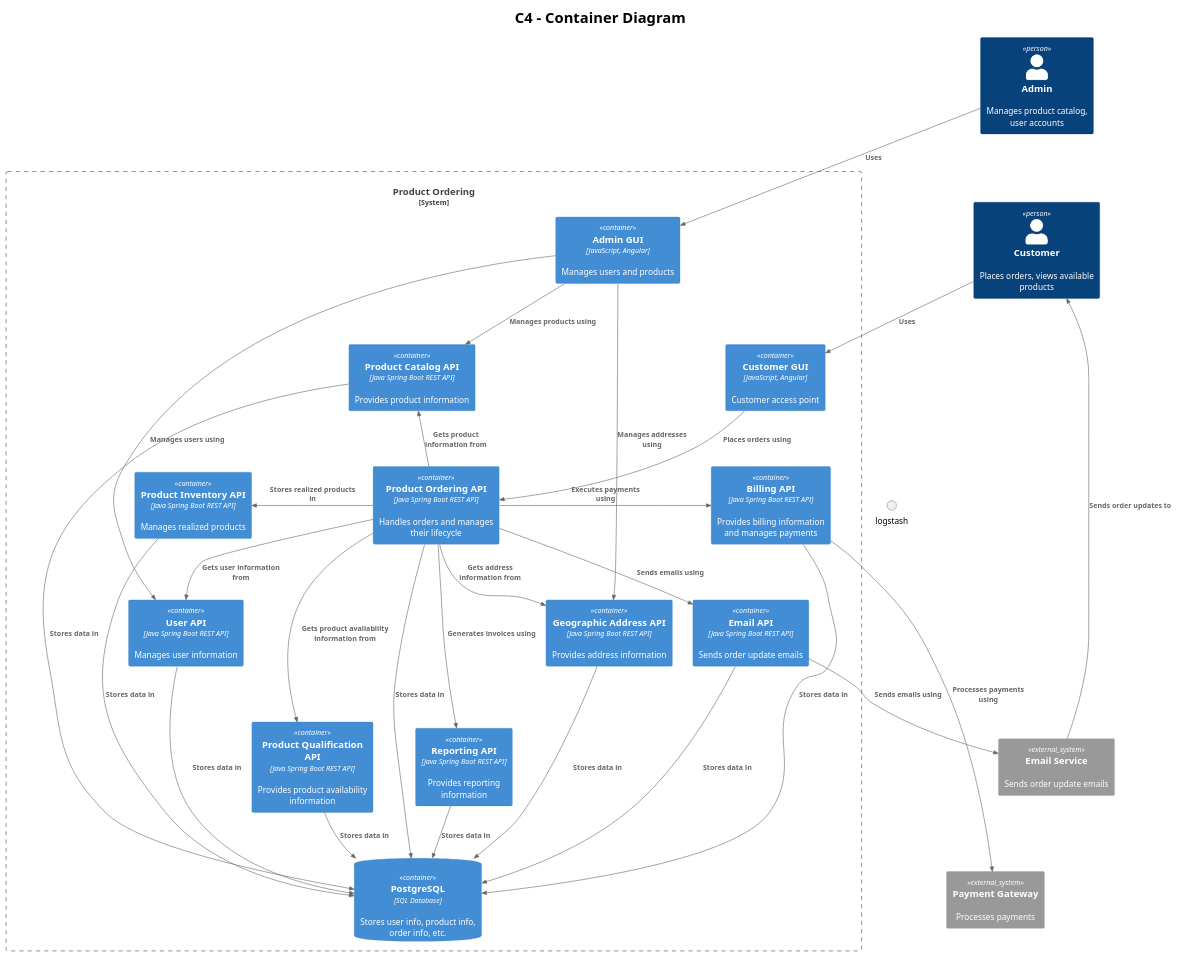
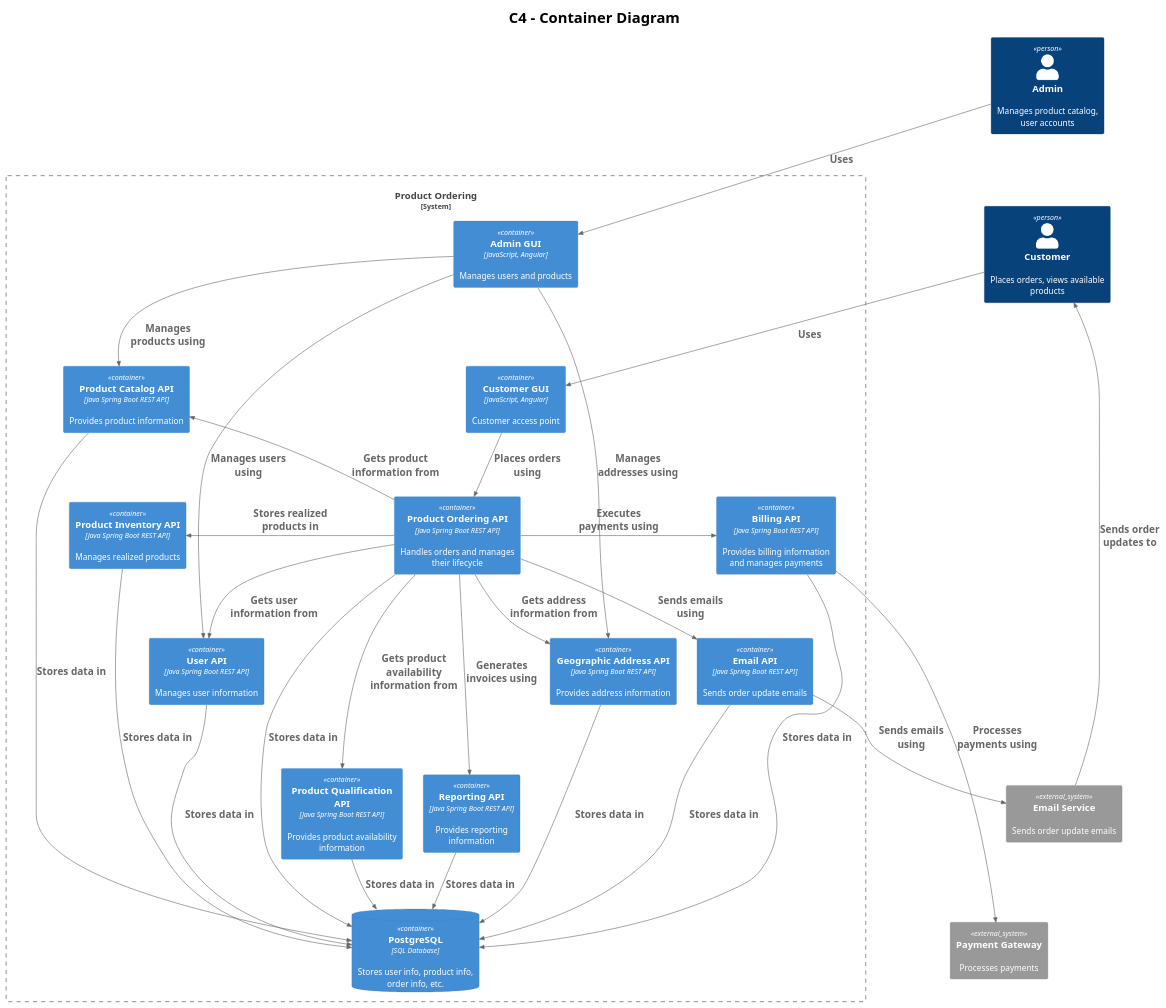
One commit to ensarhamzic/diplomski-rad-softversko-inzenjerstvo changed the diagram in c4/container/container.puml. Above: the diagram before and after it, drawn with PlantUML.

Commit message:
c4 container pt2

```diff
--- a/c4/container/container.puml
+++ b/c4/container/container.puml
@@ -1,97 +1,77 @@
 @startuml
 !include https://raw.githubusercontent.com/plantuml-stdlib/C4-PlantUML/master/C4_Container.puml
 
 skinparam titleFontSize 25
+skinparam arrowFontSize 17
 
 title C4 - Container Diagram
 
 Person(customer, "Customer", "Places orders, views available products")
 Person(admin, "Admin", "Manages product catalog, user accounts")
 
 System_Boundary(system, "Product Ordering") {
     Container(orderApi, "Product Ordering API", "Java Spring Boot REST API", "Handles orders and manages their lifecycle")
     Container(catalogApi, "Product Catalog API", "Java Spring Boot REST API", "Provides product information")
     Container(inventoryApi, "Product Inventory API", "Java Spring Boot REST API", "Manages realized products")
     Container(userApi, "User API", "Java Spring Boot REST API", "Manages user information")
     Container(geoApi, "Geographic Address API", "Java Spring Boot REST API", "Provides address information")
     Container(qualificationApi, "Product Qualification API", "Java Spring Boot REST API", "Provides product availability information")
     Container(billingApi, "Billing API", "Java Spring Boot REST API", "Provides billing information and manages payments")
     Container(emailApi, "Email API", "Java Spring Boot REST API", "Sends order update emails")
     Container(reportingApi, "Reporting API", "Java Spring Boot REST API", "Provides reporting information")
     Container(adminGui, "Admin GUI", "JavaScript, Angular", "Manages users and products")
     Container(customerGui, "Customer GUI", "JavaScript, Angular", "Customer access point")
-'    Container(logstash, "Logstash", "Log Aggregation", "Collects logs and sends them to ElasticSearch")
-'    Container(kibana, "Kibana", "Log Aggregation", "Provides log search and visualization")
     ContainerDb(postgresDb, "PostgreSQL", "SQL Database", "Stores user info, product info, order info, etc.")
-'    ContainerDb(elasticDb, "ElasticSearch", "NoSQL Database", "Stores logs")
 }
 
 System_Ext(paymentService, "Payment Gateway", "Processes payments")
 System_Ext(emailService, "Email Service", "Sends order update emails")
 
 Lay_D(admin,customer)
 Lay_D(emailService,paymentService)
 Lay_D(admin,emailService)
 Lay_D(customer,emailService)
 
 Lay_D(orderApi,catalogApi)
 Lay_D(catalogApi,inventoryApi)
 Lay_D(inventoryApi,userApi)
-'Lay_D(userApi,geoApi)
 Lay_D(geoApi,qualificationApi)
 Lay_R(orderApi,billingApi)
 Lay_D(billingApi,emailApi)
 Lay_D(emailApi,reportingApi)
-'Lay_R(orderApi, adminGui)
 Lay_D(adminGui, customerGui)
-Lay_D(customerGui, logstash)
-'Lay_D(logstash, kibana)
 
 Lay_R(billingApi,postgresDb)
-'Lay_D(postgresDb,elasticDb)
 
 Rel_L(orderApi, catalogApi, "Gets product information from")
 Rel_L(orderApi, inventoryApi, "Stores realized products in")
 Rel(orderApi, userApi, "Gets user information from")
 Rel(orderApi, geoApi, "Gets address information from")
 Rel_L(orderApi, qualificationApi, "Gets product availability information from")
 Rel_L(orderApi, billingApi, "Executes payments using")
 Rel(orderApi, emailApi, "Sends emails using")
 Rel_L(orderApi, reportingApi, "Generates invoices using")
 
 Rel(orderApi, postgresDb, "Stores data in")
 Rel(catalogApi, postgresDb, "Stores data in")
 Rel(inventoryApi, postgresDb, "Stores data in")
 Rel(userApi, postgresDb, "Stores data in")
 Rel(geoApi, postgresDb, "Stores data in")
 Rel(qualificationApi, postgresDb, "Stores data in")
 Rel(billingApi, postgresDb, "Stores data in")
 Rel(emailApi, postgresDb, "Stores data in")
 Rel(reportingApi, postgresDb, "Stores data in")
-'Rel_U(logstash, elasticDb, "Saves logs to")
-
-'Rel_U(orderApi, logstash, "Sends logs to")
-'Rel_U(catalogApi, logstash, "Sends logs to")
-'Rel_U(inventoryApi, logstash, "Sends logs to")
-'Rel(userApi, logstash, "Sends logs to")
-'Rel(geoApi, logstash, "Sends logs to")
-'Rel(qualificationApi, logstash, "Sends logs to")
-'Rel(billingApi, logstash, "Sends logs to")
-'Rel(emailApi, logstash, "Sends logs to")
-'Rel(reportingApi, logstash, "Sends logs to")
-
-'Rel(kibana, elasticDb, "Searches logs in")
 
 Rel(customer, customerGui, "Uses")
 Rel(admin, adminGui, "Uses")
 
 Rel(customerGui, orderApi, "Places orders using")
 Rel(adminGui, catalogApi, "Manages products using")
 Rel(adminGui, userApi, "Manages users using")
 Rel(adminGui, geoApi, "Manages addresses using")
 
 Rel(billingApi, paymentService, "Processes payments using")
 Rel(emailApi, emailService, "Sends emails using")
 Rel(emailService, customer, "Sends order updates to")
 
 @enduml
```
